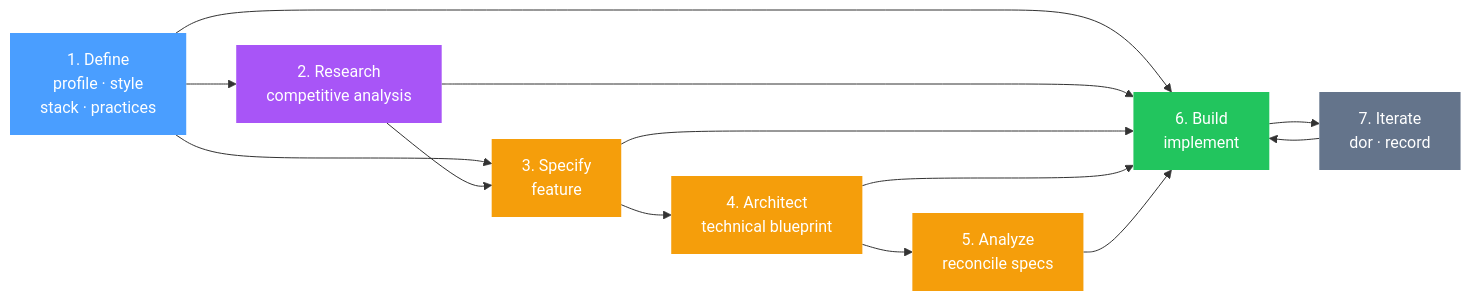
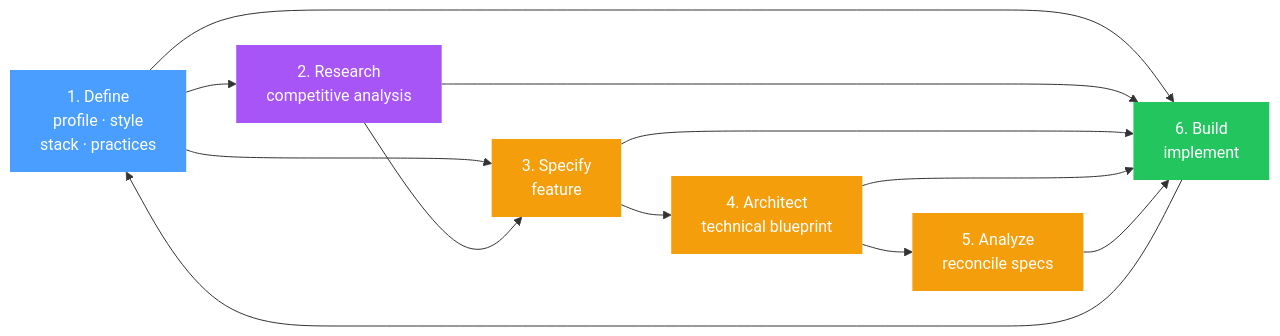
Before and after one commit to gballer77/gspec: the diagram in gspec/README.md, drawn with Mermaid. The commit also changed other lines of this file and 47 other files, not shown here.

````diff
--- a/gspec/README.md
+++ b/gspec/README.md
@@ -30,45 +30,40 @@
 ```mermaid
 flowchart LR
     Define["1. Define
     profile · style
     stack · practices"]
 
     Research["2. Research
     competitive analysis"]
 
     Specify["3. Specify
     feature"]
 
     Architect["4. Architect
     technical blueprint"]
 
     Analyze["5. Analyze
     reconcile specs"]
 
     Build["6. Build
     implement"]
-    
-    Iterate["7. Iterate
-    dor · record"]
 
     Define --> Research
     Define --> Specify
     Define --> Build
     Research --> Specify
     Research --> Build
     Specify --> Architect
     Specify --> Build
     Architect --> Analyze
     Architect --> Build
     Analyze --> Build
-    Build --> Iterate
-    Iterate --> Build
+    Build --> Define
 
     style Define fill:#4a9eff,color:#fff,stroke:none
     style Research fill:#a855f7,color:#fff,stroke:none
     style Specify fill:#f59e0b,color:#fff,stroke:none
     style Architect fill:#f59e0b,color:#fff,stroke:none
     style Analyze fill:#f59e0b,color:#fff,stroke:none
     style Build fill:#22c55e,color:#fff,stroke:none
-    style Iterate fill:#64748b,color:#fff,stroke:none
 ```
````
